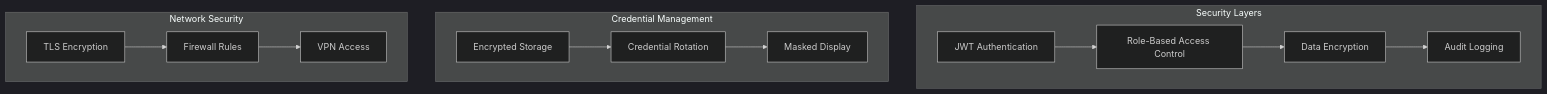
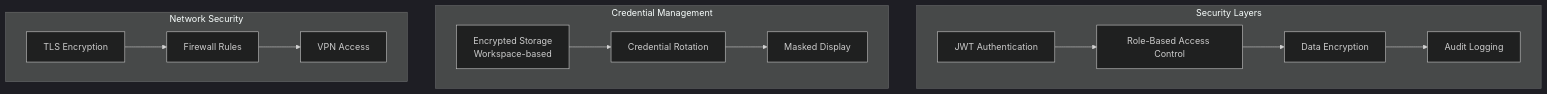
The seventh of 10 diagrams in docs/architecture_diagrams.md (taking/skyclust), drawn with Mermaid (dark theme) before and after one commit. The commit also changed other lines of this file and 13 other files, not shown here.

First line of the commit message:
fix: update Docker run port and enhance documentation for workspace-based credential management

````diff
--- a/docs/architecture_diagrams.md
+++ b/docs/architecture_diagrams.md
@@ -185,31 +291,31 @@
 ```mermaid
 graph TB
     subgraph "Security Layers"
         JWT[JWT Authentication]
         RBAC[Role-Based Access Control]
         ENCRYPT[Data Encryption]
         AUDIT[Audit Logging]
     end
     
     subgraph "Credential Management"
-        STORE[Encrypted Storage]
+        STORE[Encrypted Storage<br/>Workspace-based]
         ROTATE[Credential Rotation]
         MASK[Masked Display]
     end
     
     subgraph "Network Security"
         TLS[TLS Encryption]
         FIREWALL[Firewall Rules]
         VPN[VPN Access]
     end
     
     JWT --> RBAC
     RBAC --> ENCRYPT
     ENCRYPT --> AUDIT
     
     STORE --> ROTATE
     ROTATE --> MASK
     
     TLS --> FIREWALL
     FIREWALL --> VPN
 ```
````
